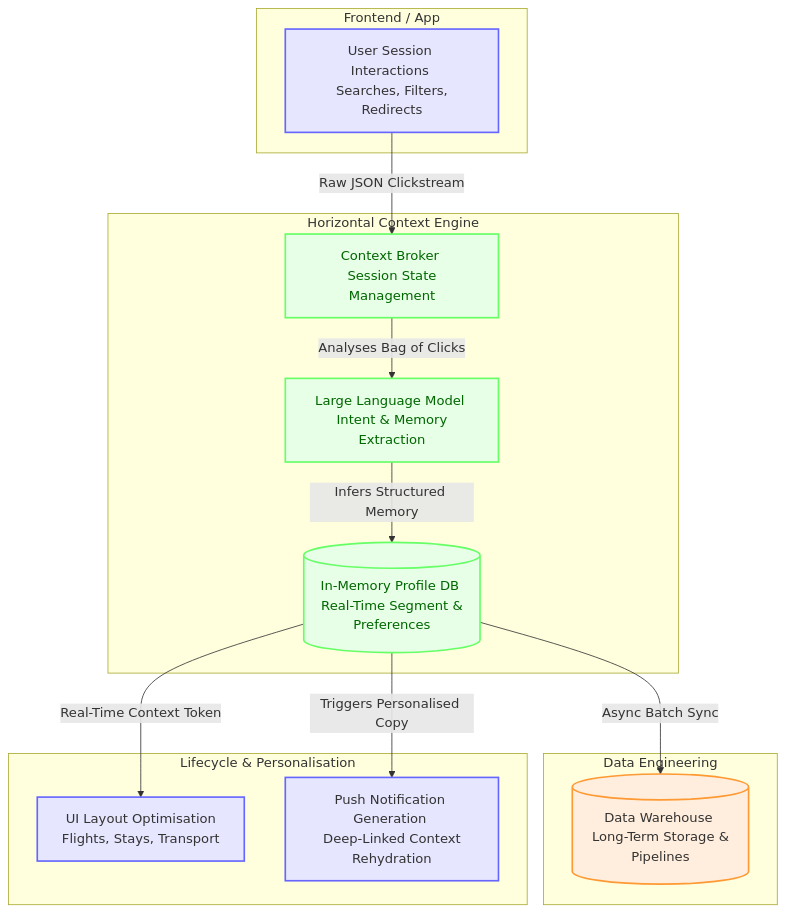
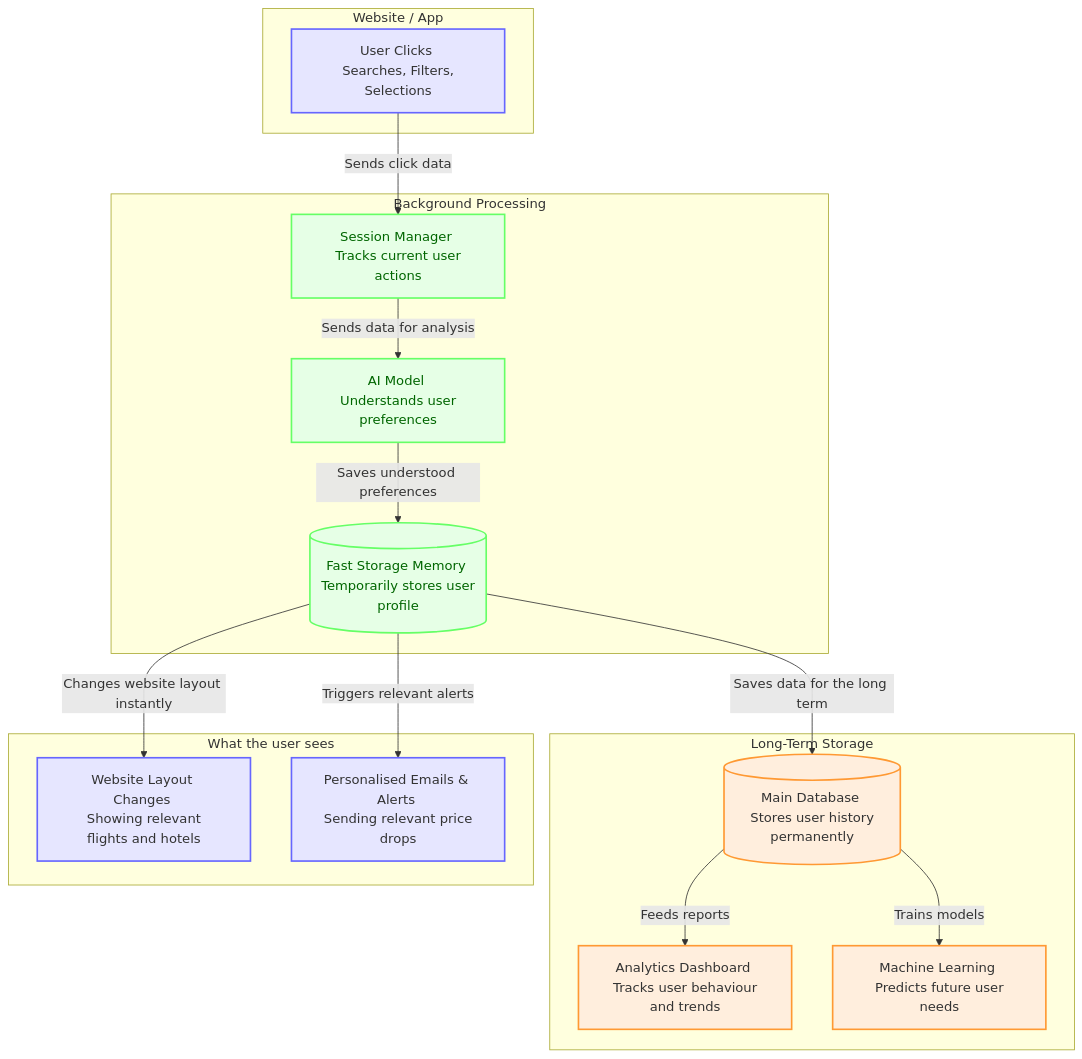
One commit to Chugh-Gourav/AI_ML_Practice changed the diagram in AI Product Mangement/User_Memory/README.md. Above: the diagram before and after it, drawn with Mermaid. The commit also changed other lines of this file, not shown here.

````diff
--- a/AI Product Mangement/User_Memory/README.md
+++ b/AI Product Mangement/User_Memory/README.md
@@ -21,32 +19,36 @@
 ```mermaid
 graph TD
     classDef client fill:#e6e6ff,stroke:#6666ff,stroke-width:2px;
     classDef aiNative fill:#e6ffe6,stroke:#66ff66,stroke-width:2px,color:#006600;
     classDef storage fill:#ffeedd,stroke:#ff9933,stroke-width:2px;
 
-    subgraph Client [Frontend / App]
-        A[User Session Interactions <br/> Searches, Filters, Redirects]:::client
+    subgraph Client [Website / App]
+        A[User Clicks <br/> Searches, Filters, Selections]:::client
     end
 
-    subgraph Core [Horizontal Context Engine]
-        B[Context Broker <br/> Session State Management]:::aiNative
-        C[Large Language Model <br/> Intent & Memory Extraction]:::aiNative
-        D[(In-Memory Profile DB <br/> Real-Time Segment & Preferences)]:::aiNative
+    subgraph Core Engine [Background Processing]
+        B[Session Manager <br/> Tracks current user actions]:::aiNative
+        C[AI Model <br/> Understands user preferences]:::aiNative
+        D[(Fast Storage Memory <br/> Temporarily stores user profile)]:::aiNative
     end
 
-    subgraph Analytics [Data Engineering]
-        G[(Data Warehouse <br/> Long-Term Storage & Pipelines)]:::storage
+    subgraph Database and Analytics [Long-Term Storage]
+        G[(Main Database <br/> Stores user history permanently)]:::storage
+        H[Analytics Dashboard <br/> Tracks user behaviour and trends]:::storage
+        I[Machine Learning <br/> Predicts future user needs]:::storage
     end
 
-    subgraph Delivery [Lifecycle & Personalisation]
-        E[UI Layout Optimisation <br/> Flights, Stays, Transport]:::client
-        F[Push Notification Generation <br/> Deep-Linked Context Rehydration]:::client
+    subgraph User Experience [What the user sees]
+        E[Website Layout Changes <br/> Showing relevant flights and hotels]:::client
+        F[Personalised Emails & Alerts <br/> Sending relevant price drops]:::client
     end
 
-    A -- "Raw JSON Clickstream" --> B
-    B -- "Analyses Bag of Clicks" --> C
-    C -- "Infers Structured Memory" --> D
-    D -- "Real-Time Context Token" --> E
-    D -- "Triggers Personalised Copy" --> F
-    D -- "Async Batch Sync" --> G
+    A -- "Sends click data" --> B
+    B -- "Sends data for analysis" --> C
+    C -- "Saves understood preferences" --> D
+    D -- "Changes website layout instantly" --> E
+    D -- "Triggers relevant alerts" --> F
+    D -- "Saves data for the long term" --> G
+    G -- "Feeds reports" --> H
+    G -- "Trains models" --> I
 ```
````
